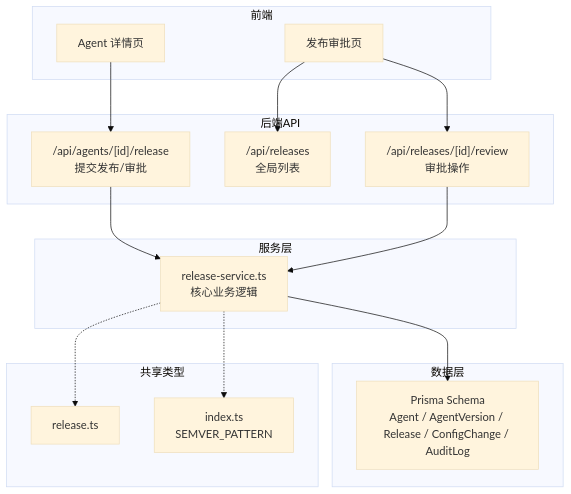
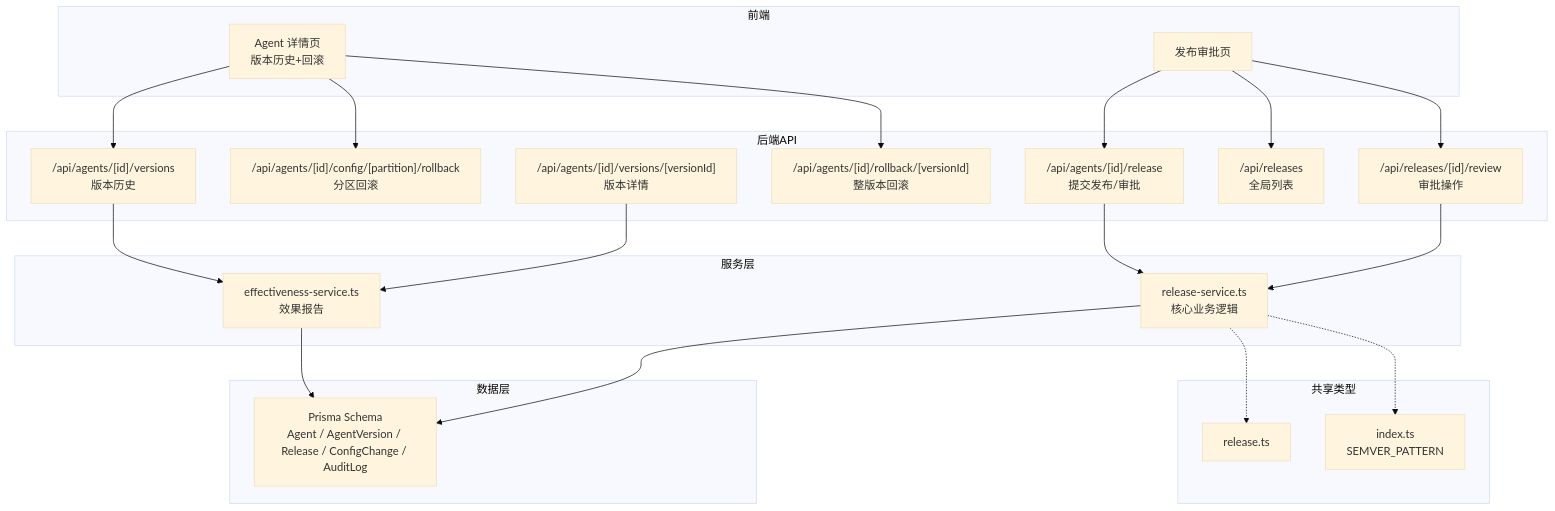
One commit to ai-guru-global/agent-up changed the first of 8 diagrams in .qoder/repowiki/zh/content/功能模块/版本控制.md. Above: the diagram before and after it, drawn with Mermaid (base theme). The commit also changed other lines of this file and 59 other files, not shown here.

````diff
--- a/.qoder/repowiki/zh/content/功能模块/版本控制.md
+++ b/.qoder/repowiki/zh/content/功能模块/版本控制.md
@@ -53,30 +62,41 @@
 ```mermaid
 graph TB
 subgraph "前端"
-UI_Agent["Agent 详情页"]
+UI_Agent["Agent 详情页<br/>版本历史+回滚"]
 UI_Release["发布审批页"]
 end
 subgraph "后端API"
 API_Release["/api/agents/[id]/release<br/>提交发布/审批"]
+API_Versions["/api/agents/[id]/versions<br/>版本历史"]
+API_VersionDetail["/api/agents/[id]/versions/[versionId]<br/>版本详情"]
+API_PartitionRollback["/api/agents/[id]/config/[partition]/rollback<br/>分区回滚"]
+API_WholeRollback["/api/agents/[id]/rollback/[versionId]<br/>整版本回滚"]
 API_Releases["/api/releases<br/>全局列表"]
 API_Review["/api/releases/[id]/review<br/>审批操作"]
 end
 subgraph "服务层"
 Service_Release["release-service.ts<br/>核心业务逻辑"]
+Service_Effectiveness["effectiveness-service.ts<br/>效果报告"]
 end
 subgraph "数据层"
 DB_Schema["Prisma Schema<br/>Agent / AgentVersion / Release / ConfigChange / AuditLog"]
 end
 subgraph "共享类型"
 Types_Release["release.ts"]
 Types_Index["index.ts<br/>SEMVER_PATTERN"]
 end
-UI_Agent --> API_Release
+UI_Agent --> API_Versions
+UI_Agent --> API_PartitionRollback
+UI_Agent --> API_WholeRollback
+UI_Release --> API_Release
 UI_Release --> API_Releases
 UI_Release --> API_Review
 API_Release --> Service_Release
 API_Review --> Service_Release
+API_Versions --> Service_Effectiveness
+API_VersionDetail --> Service_Effectiveness
 Service_Release --> DB_Schema
+Service_Effectiveness --> DB_Schema
 Service_Release -.-> Types_Release
 Service_Release -.-> Types_Index
 ```
````
